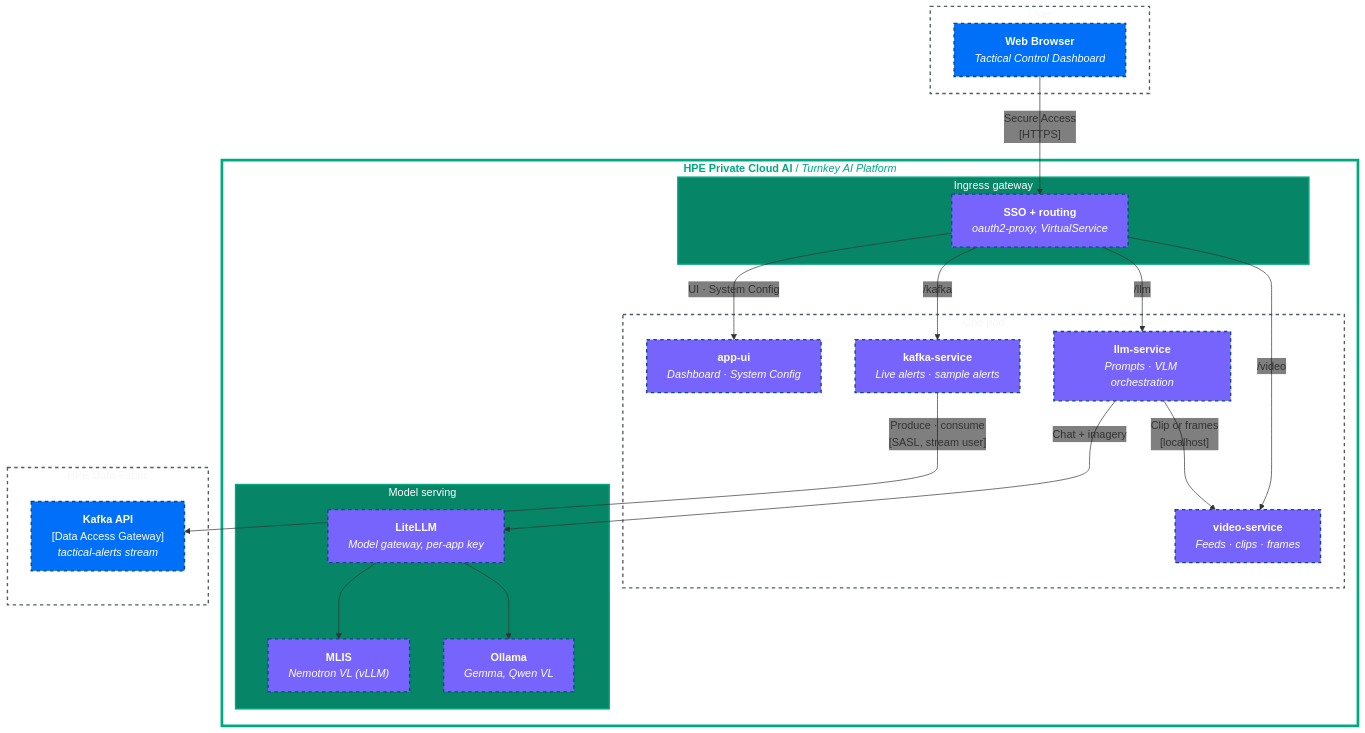
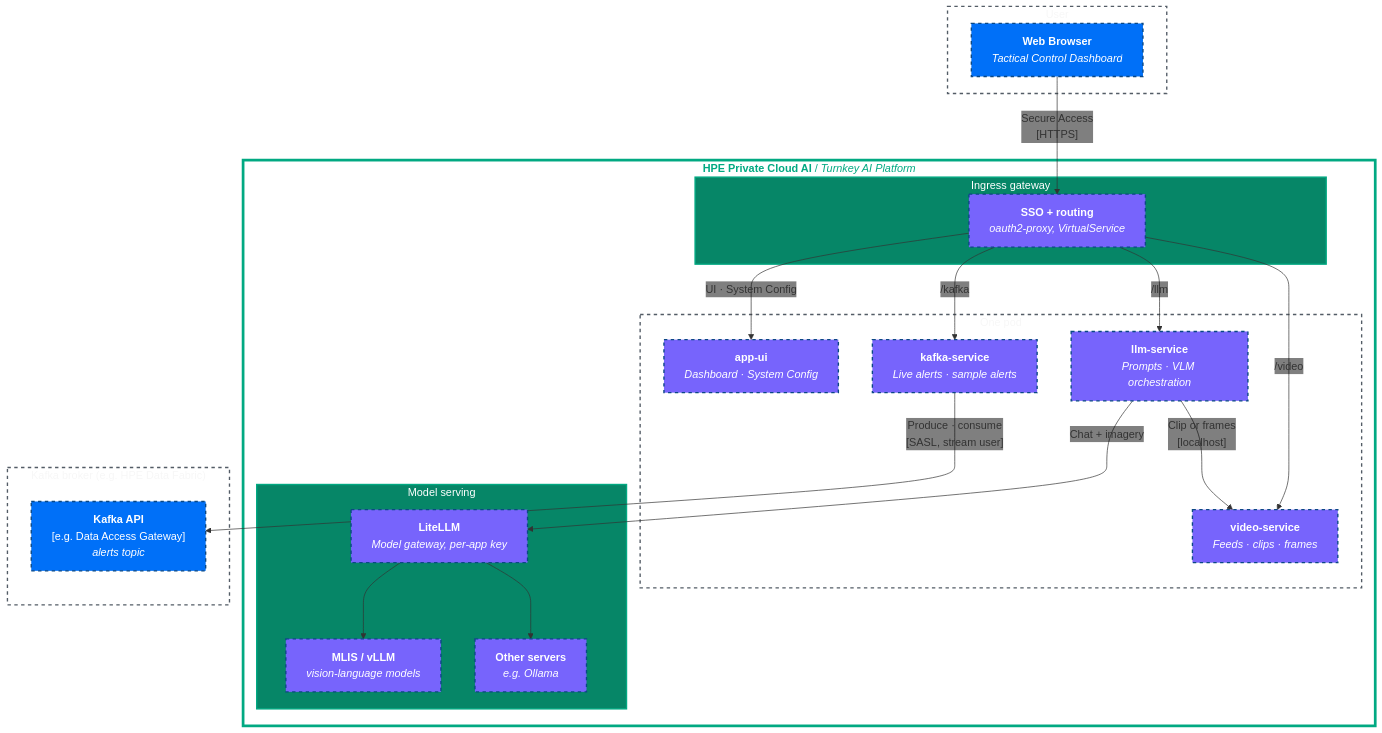
The diagram in DIAGRAM.md (erdincka/defence-ops), drawn with Mermaid before and after one commit. The commit also changed other lines of this file and 29 other files, not shown here.

````diff
--- a/DIAGRAM.md
+++ b/DIAGRAM.md
@@ -7,65 +7,65 @@
 ```mermaid
 %%{ init: { 'themeVariables': { 'edgeLabelBackground': 'transparent', 'primaryTextColor': '#F7F7F7', 'secondaryTextColor': '#F7F7F7', 'tertiaryTextColor': '#F7F7F7' } } }%%
 flowchart TD
     %% Styling Classes
     classDef container fill:#7764fc,color:#fff,stroke:#0b4884,stroke-width:2px;
     classDef outsider fill:#0070f8,color:#fff,stroke:#0b4884,stroke-width:2px;
     classDef node fill:none,color:#F7F7F7,stroke:#535C66,stroke-width:2px,stroke-dasharray: 5 5;
     classDef external fill:#3E4550,color:#fff,stroke:#666,stroke-width:2px;
     classDef database fill:#6c2b7c,color:#fff,stroke:#0b4884,stroke-width:2px;
 
     %% 1. User Context (Top)
     subgraph user ["User"]
         spa["<b>Web Browser</b><br/><i>Tactical Control Dashboard</i>"]
     end
     class spa outsider;
 
     %% 2. HPE Private Cloud AI
     subgraph pcai ["<b>HPE Private Cloud AI</b> / <i>Turnkey AI Platform</i>"]
         subgraph gateway ["&nbsp; Ingress gateway &nbsp;"]
             istio["&nbsp; &nbsp; &nbsp; <b>SSO + routing</b> &nbsp; &nbsp; &nbsp;<br/><i>oauth2-proxy, VirtualService</i>"]
         end
         class istio container;
         subgraph ns ["One pod"]
 
             app_ui_svc["<b>app-ui</b><br/><i>Dashboard · System Config</i>"]
             llm_svc["<b>llm-service</b><br/><i>Prompts · VLM orchestration</i>"]
             kafka_svc["<b>kafka-service</b><br/><i>Live alerts · sample alerts</i>"]
             video_svc["<b>video-service</b><br/><i>Feeds · clips · frames</i>"]
             class app_ui_svc,llm_svc,kafka_svc,video_svc container;
             
         end
         subgraph inf_cluster ["Model serving"]
             litellm["<b>LiteLLM</b><br/><i>Model gateway, per-app key</i>"]
-            mlis["<b>MLIS</b><br/><i>Nemotron VL (vLLM)</i>"]
-            ollama["<b>Ollama</b><br/><i>Gemma, Qwen VL</i>"]
+            mlis["<b>MLIS / vLLM</b><br/><i>vision-language models</i>"]
+            ollama["<b>Other servers</b><br/><i>e.g. Ollama</i>"]
         end
         class litellm,mlis,ollama container;
     end
 
     %% 3. External Dependencies (Bottom)
-    subgraph external ["HPE Data Fabric"]
-        kafka_cluster["<b>Kafka API</b><br/>[Data Access Gateway]<br/><i>tactical-alerts stream</i>"]
+    subgraph external ["Kafka broker (e.g. HPE Data Fabric)"]
+        kafka_cluster["<b>Kafka API</b><br/>[e.g. Data Access Gateway]<br/><i>alerts topic</i>"]
     end
     class kafka_cluster outsider;
 
     %% --- Layout & Relationships ---
     spa -- "Secure Access<br/>[HTTPS]" --> istio
     istio -- "UI · System Config" --> app_ui_svc
     istio -- "/llm" --> llm_svc
     istio -- "/kafka" --> kafka_svc
     istio -- "/video" --> video_svc
     
     %% Aligning lower components side-by-side
     llm_svc -- "Chat + imagery" --> litellm
     litellm --> mlis
     litellm --> ollama
     llm_svc -- "Clip or frames<br/>[localhost]" --> video_svc
     kafka_svc -- "Produce · consume<br/>[SASL, stream user]" --> kafka_cluster
     
     %% --- Custom Standout Styling ---
     style pcai fill:none,stroke:#01a982,stroke-width:4px,color:#01a982
     style gateway fill:#068667,stroke:#01a982,stroke-width:2px,color:#fff
     style inf_cluster fill:#068667,stroke:#01a982,stroke-width:2px,color:#fff
     class user,ns,pods,storage,external node;
 ```
````
